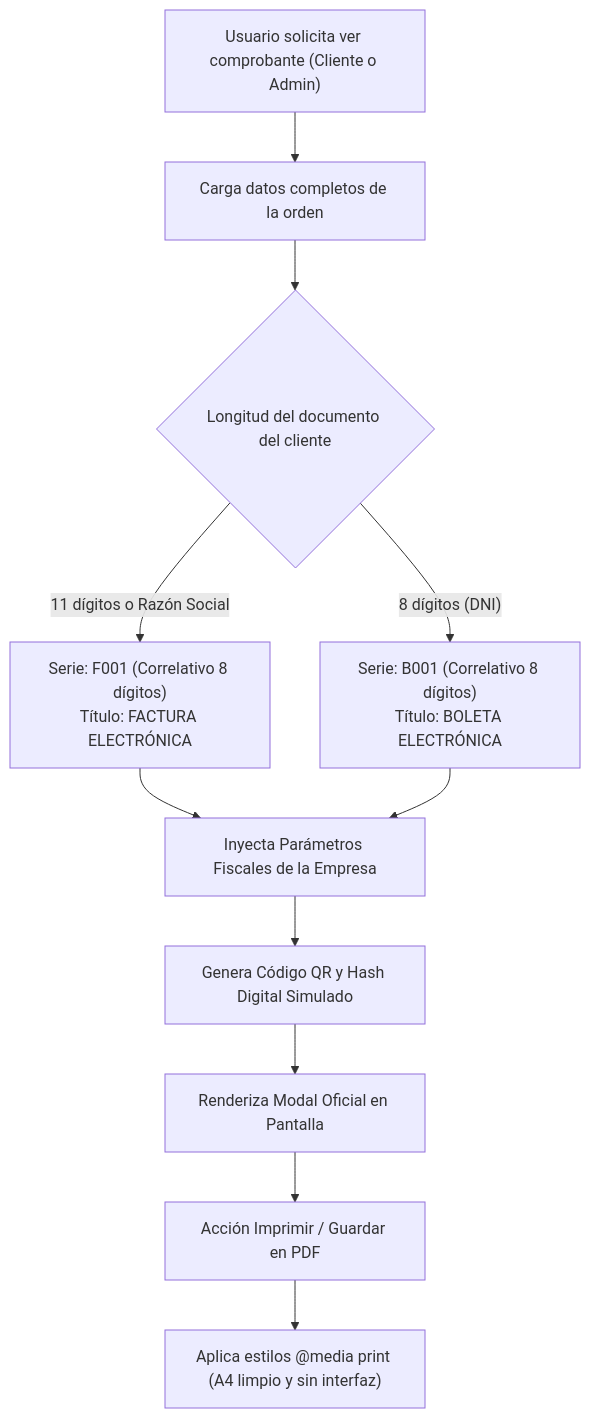
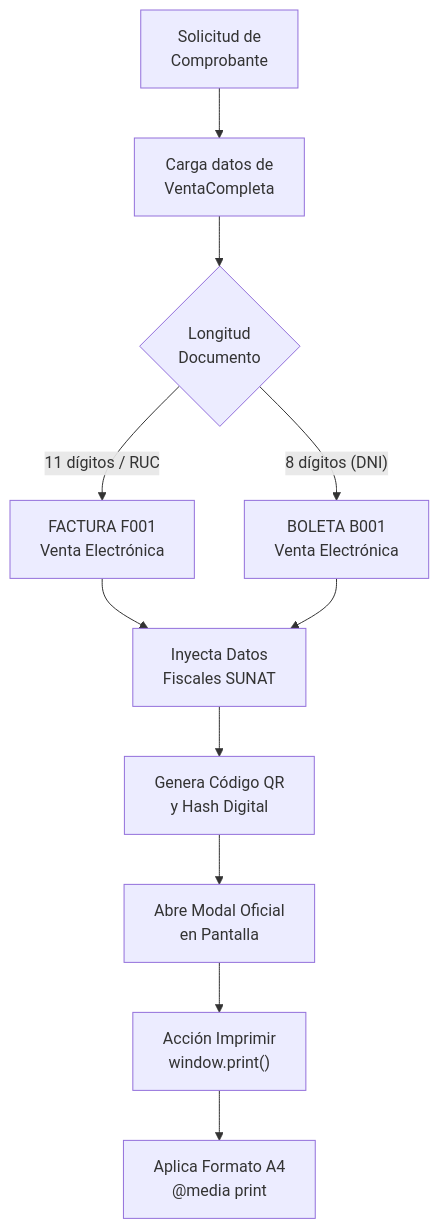
One commit to MrCarlos17A/TechZone changed the fourth of 9 diagrams in README.md. Above: the diagram before and after it, drawn with Mermaid. The commit also changed other lines of this file, not shown here.

Commit message:
docs: solucion de diagramas README

````diff
--- a/README.md
+++ b/README.md
@@ -244,16 +243,16 @@
 ```mermaid
 flowchart TD
-    REQ["Usuario solicita ver comprobante (Cliente o Admin)"] --> LOAD["Carga datos completos de la orden"]
+    REQ["Solicitud de<br/>Comprobante"] --> LOAD["Carga datos de<br/>VentaCompleta"]
     
-    LOAD --> EVAL{"Longitud del documento del cliente"}
-    EVAL -- "11 dígitos o Razón Social" --> FACTURA["Serie: F001 (Correlativo 8 dígitos)<br/>Título: FACTURA ELECTRÓNICA"]
-    EVAL -- "8 dígitos (DNI)" --> BOLETA["Serie: B001 (Correlativo 8 dígitos)<br/>Título: BOLETA ELECTRÓNICA"]
+    LOAD --> EVAL{"Longitud<br/>Documento"}
+    EVAL -- "11 dígitos / RUC" --> FACTURA["FACTURA F001<br/>Venta Electrónica"]
+    EVAL -- "8 dígitos (DNI)" --> BOLETA["BOLETA B001<br/>Venta Electrónica"]
     
-    FACTURA --> PARAMS["Inyecta Parámetros Fiscales de la Empresa"]
+    FACTURA --> PARAMS["Inyecta Datos<br/>Fiscales SUNAT"]
     BOLETA --> PARAMS
     
-    PARAMS --> HASH["Genera Código QR y Hash Digital Simulado"]
-    HASH --> MODAL["Renderiza Modal Oficial en Pantalla"]
-    MODAL --> PRINT["Acción Imprimir / Guardar en PDF"]
-    PRINT --> CSS_PRINT["Aplica estilos @media print (A4 limpio y sin interfaz)"]
+    PARAMS --> HASH["Genera Código QR<br/>y Hash Digital"]
+    HASH --> MODAL["Abre Modal Oficial<br/>en Pantalla"]
+    MODAL --> PRINT["Acción Imprimir<br/>window.print()"]
+    PRINT --> CSS_PRINT["Aplica Formato A4<br/>@media print"]
 ```
````
